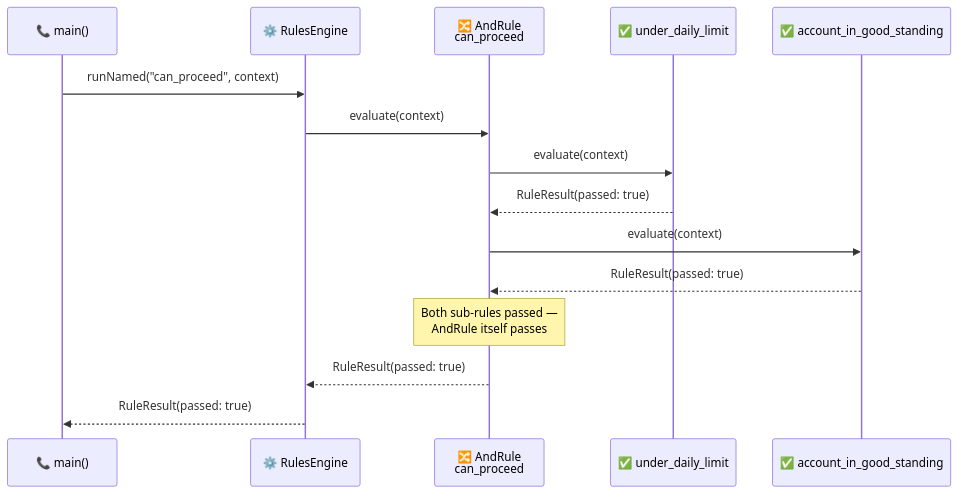
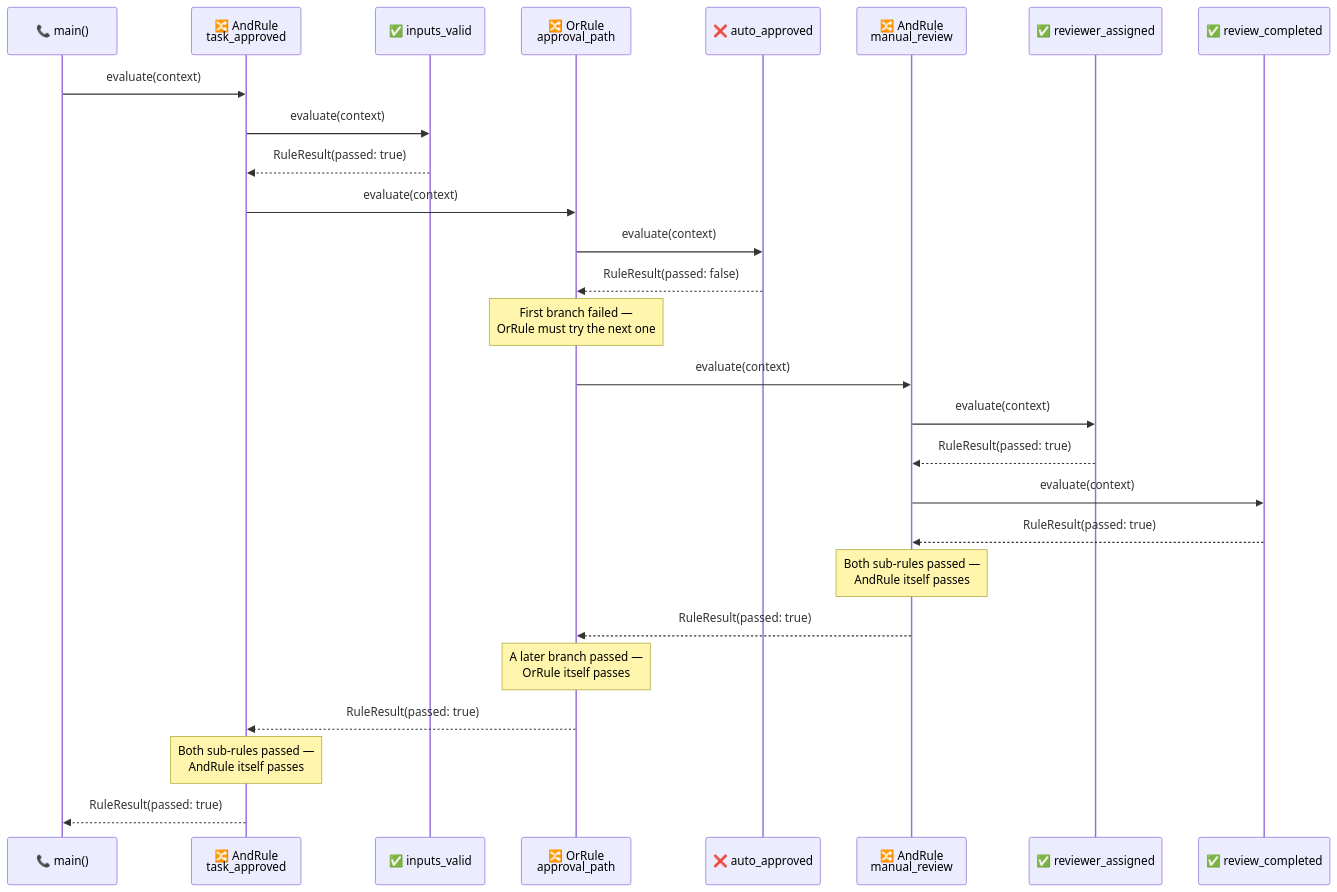
The diagram in dart/packages/verdict_rules/doc/quickstart.md (pawan-vyas/verdict-rules), drawn with Mermaid before and after one commit. The commit also changed other lines of this file and 2 other files, not shown here.

````diff
--- a/dart/packages/verdict_rules/doc/quickstart.md
+++ b/dart/packages/verdict_rules/doc/quickstart.md
@@ -76,18 +104,30 @@
 ```mermaid
 sequenceDiagram
     participant Caller as 📞 main()
-    participant Engine as ⚙️ RulesEngine
-    participant Combo as 🔀 AndRule<br/>can_proceed
-    participant R1 as ✅ under_daily_limit
-    participant R2 as ✅ account_in_good_standing
+    participant Top as 🔀 AndRule<br/>task_approved
+    participant R1 as ✅ inputs_valid
+    participant Path as 🔀 OrRule<br/>approval_path
+    participant R2 as ❌ auto_approved
+    participant Manual as 🔀 AndRule<br/>manual_review
+    participant R3 as ✅ reviewer_assigned
+    participant R4 as ✅ review_completed
 
-    Caller->>Engine: runNamed("can_proceed", context)
-    Engine->>Combo: evaluate(context)
-    Combo->>R1: evaluate(context)
-    R1-->>Combo: RuleResult(passed: true)
-    Combo->>R2: evaluate(context)
-    R2-->>Combo: RuleResult(passed: true)
-    Note over Combo: Both sub-rules passed —<br/>AndRule itself passes
-    Combo-->>Engine: RuleResult(passed: true)
-    Engine-->>Caller: RuleResult(passed: true)
+    Caller->>Top: evaluate(context)
+    Top->>R1: evaluate(context)
+    R1-->>Top: RuleResult(passed: true)
+    Top->>Path: evaluate(context)
+    Path->>R2: evaluate(context)
+    R2-->>Path: RuleResult(passed: false)
+    Note over Path: First branch failed —<br/>OrRule must try the next one
+    Path->>Manual: evaluate(context)
+    Manual->>R3: evaluate(context)
+    R3-->>Manual: RuleResult(passed: true)
+    Manual->>R4: evaluate(context)
+    R4-->>Manual: RuleResult(passed: true)
+    Note over Manual: Both sub-rules passed —<br/>AndRule itself passes
+    Manual-->>Path: RuleResult(passed: true)
+    Note over Path: A later branch passed —<br/>OrRule itself passes
+    Path-->>Top: RuleResult(passed: true)
+    Note over Top: Both sub-rules passed —<br/>AndRule itself passes
+    Top-->>Caller: RuleResult(passed: true)
 ```
````
